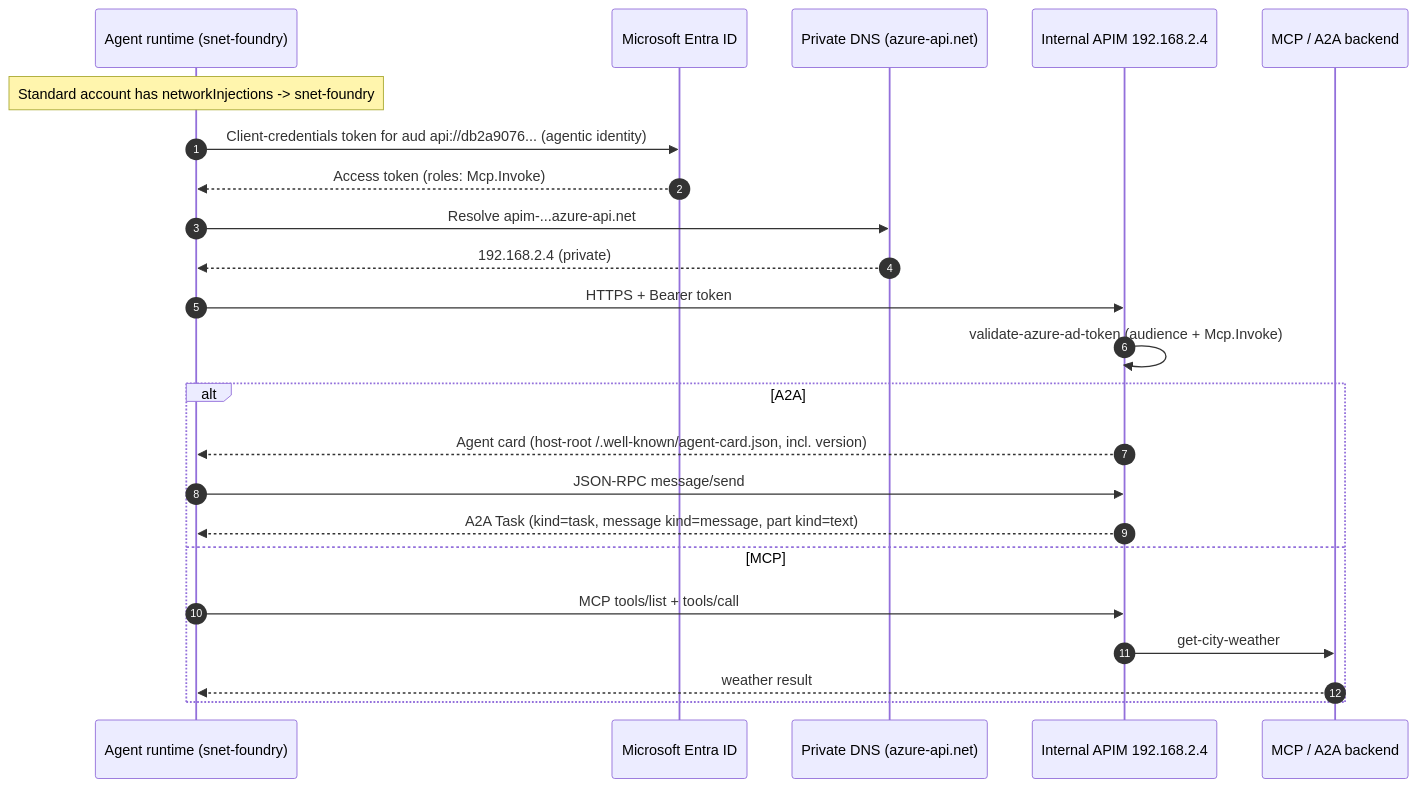
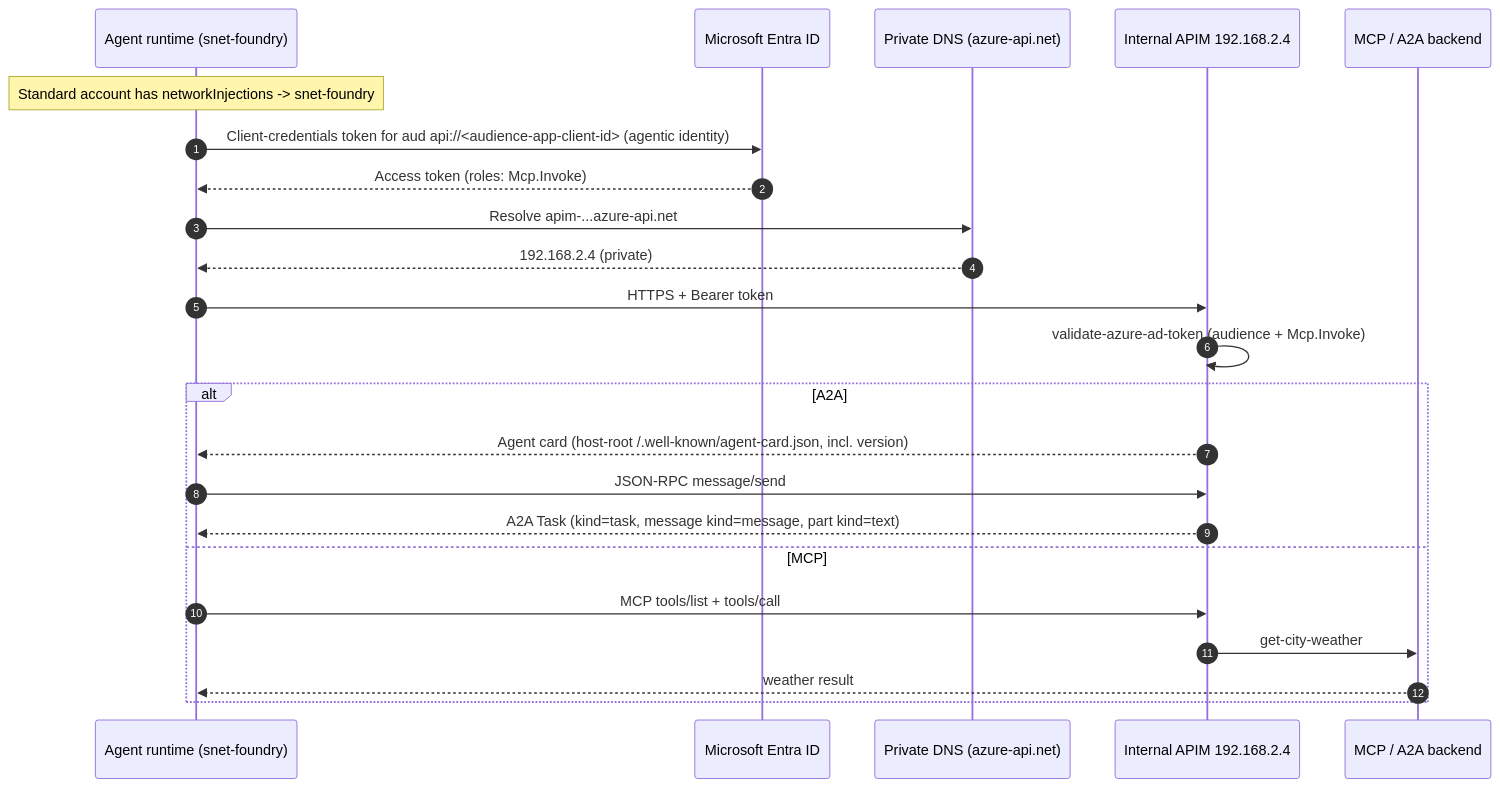
The second of 4 diagrams in chapters/04a-architecture-overview.md (nairsanjeev/agentic-ai-enterprise-blueprint), drawn with Mermaid before and after one commit. The commit also changed other lines of this file and 15 other files, not shown here.

````diff
--- a/chapters/04a-architecture-overview.md
+++ b/chapters/04a-architecture-overview.md
@@ -108,26 +108,26 @@
 ```mermaid
 sequenceDiagram
     autonumber
     participant A as Agent runtime (snet-foundry)
     participant E as Microsoft Entra ID
     participant D as Private DNS (azure-api.net)
     participant G as Internal APIM 192.168.2.4
     participant T as MCP / A2A backend
 
     Note over A: Standard account has networkInjections -> snet-foundry
-    A->>E: Client-credentials token for aud api://db2a9076... (agentic identity)
+    A->>E: Client-credentials token for aud api://<audience-app-client-id> (agentic identity)
     E-->>A: Access token (roles: Mcp.Invoke)
     A->>D: Resolve apim-...azure-api.net
     D-->>A: 192.168.2.4 (private)
     A->>G: HTTPS + Bearer token
     G->>G: validate-azure-ad-token (audience + Mcp.Invoke)
     alt A2A
         G-->>A: Agent card (host-root /.well-known/agent-card.json, incl. version)
         A->>G: JSON-RPC message/send
         G-->>A: A2A Task (kind=task, message kind=message, part kind=text)
     else MCP
         A->>G: MCP tools/list + tools/call
         G->>T: get-city-weather
         T-->>A: weather result
     end
 ```
````
